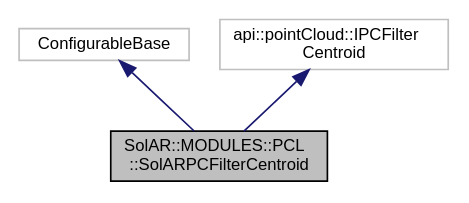
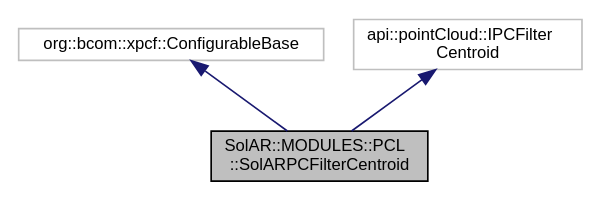
Before and after one commit to SolarFramework/solarframework.github.io: the diagram in api_module_documentation/class_sol_a_r_1_1_m_o_d_u_l_e_s_1_1_p_c_l_1_1_sol_a_r_p_c_filter_centroid__inherit__graph.dot, drawn with Graphviz. The commit also changed 784 other files, not shown here.

```diff
--- a/api_module_documentation/class_sol_a_r_1_1_m_o_d_u_l_e_s_1_1_p_c_l_1_1_sol_a_r_p_c_filter_centroid__inherit__graph.dot
+++ b/api_module_documentation/class_sol_a_r_1_1_m_o_d_u_l_e_s_1_1_p_c_l_1_1_sol_a_r_p_c_filter_centroid__inherit__graph.dot
@@ -1,10 +1,11 @@
 digraph "SolAR::MODULES::PCL::SolARPCFilterCentroid"
 {
+ // LATEX_PDF_SIZE
   edge [fontname="Helvetica",fontsize="10",labelfontname="Helvetica",labelfontsize="10"];
   node [fontname="Helvetica",fontsize="10",shape=record];
-  Node0 [label="SolAR::MODULES::PCL\l::SolARPCFilterCentroid",height=0.2,width=0.4,color="black", fillcolor="grey75", style="filled", fontcolor="black"];
-  Node1 -> Node0 [dir="back",color="midnightblue",fontsize="10",style="solid",fontname="Helvetica"];
-  Node1 [label="ConfigurableBase",height=0.2,width=0.4,color="grey75", fillcolor="white", style="filled"];
-  Node2 -> Node0 [dir="back",color="midnightblue",fontsize="10",style="solid",fontname="Helvetica"];
-  Node2 [label="api::pointCloud::IPCFilter\lCentroid",height=0.2,width=0.4,color="grey75", fillcolor="white", style="filled"];
+  Node1 [label="SolAR::MODULES::PCL\l::SolARPCFilterCentroid",height=0.2,width=0.4,color="black", fillcolor="grey75", style="filled", fontcolor="black",tooltip="This component filters a point cloud according to a given centroid based on Point Cloud Library (PCL)..."];
+  Node2 -> Node1 [dir="back",color="midnightblue",fontsize="10",style="solid",fontname="Helvetica"];
+  Node2 [label="org::bcom::xpcf::ConfigurableBase",height=0.2,width=0.4,color="grey75", fillcolor="white", style="filled",tooltip=" "];
+  Node3 -> Node1 [dir="back",color="midnightblue",fontsize="10",style="solid",fontname="Helvetica"];
+  Node3 [label="api::pointCloud::IPCFilter\lCentroid",height=0.2,width=0.4,color="grey75", fillcolor="white", style="filled",tooltip=" "];
 }
```
